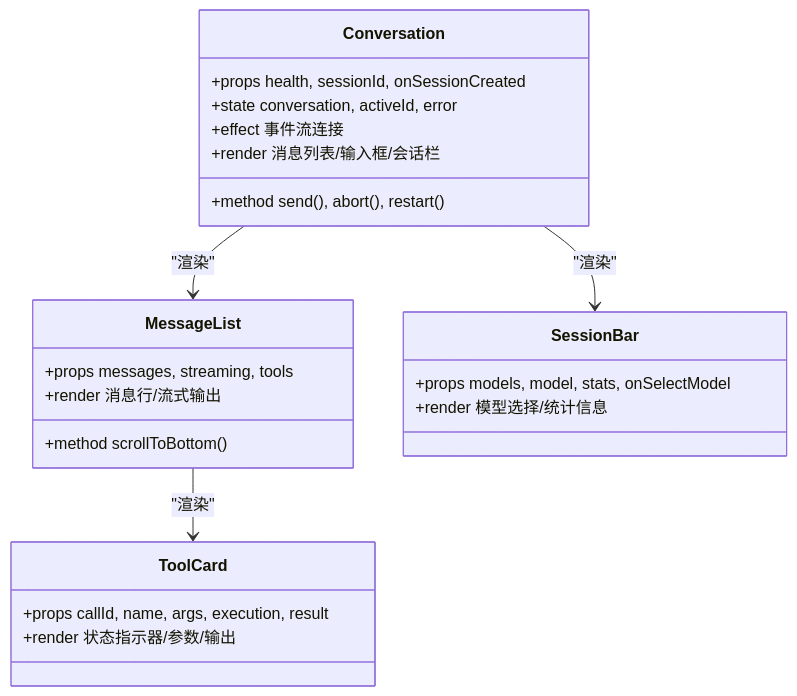
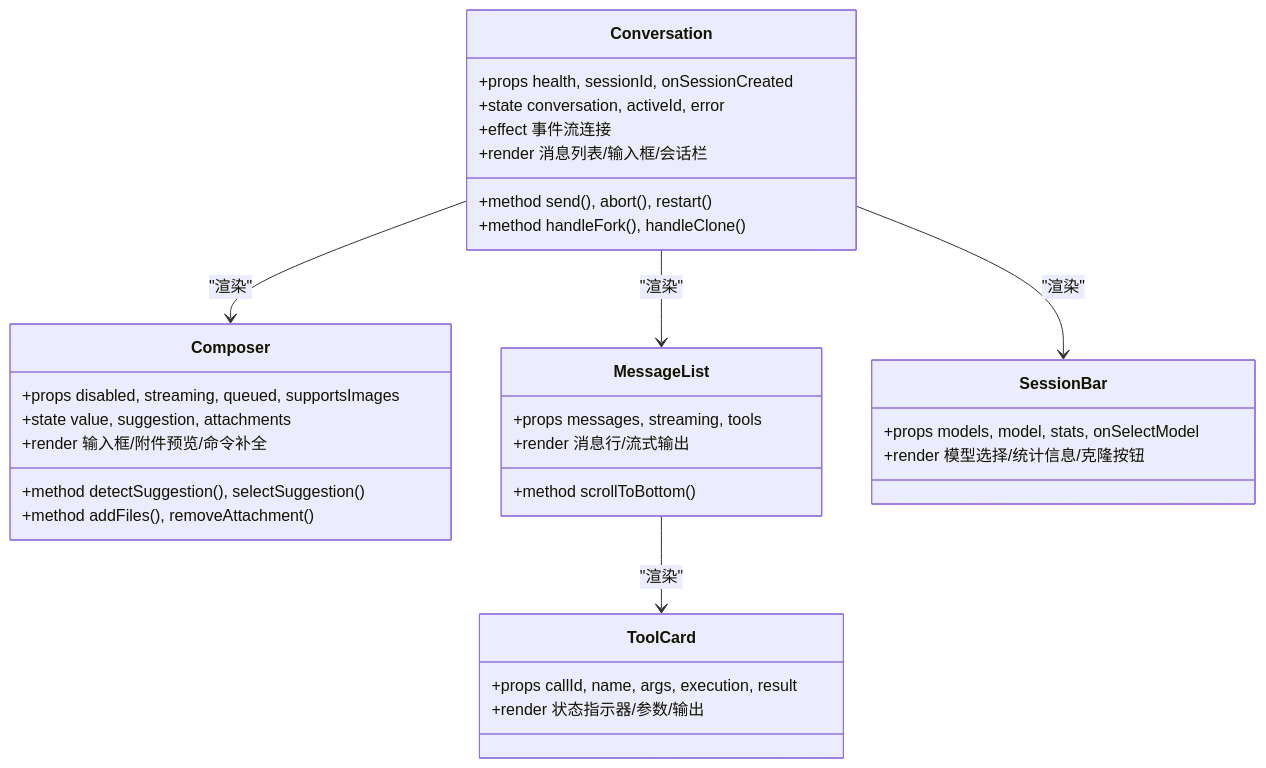
The ninth of 14 diagrams in .qoder/repowiki/zh/content/快速开始/Pi Web UI 前端界面.md (FDE-GROUP/oh-my-coding-agent), drawn with Mermaid before and after one commit. The commit also changed other lines of this file and 433 other files, not shown here.

````diff
--- a/.qoder/repowiki/zh/content/快速开始/Pi Web UI 前端界面.md
+++ b/.qoder/repowiki/zh/content/快速开始/Pi Web UI 前端界面.md
@@ -345,26 +584,35 @@
 ```mermaid
 classDiagram
 class Conversation {
 +props health, sessionId, onSessionCreated
 +state conversation, activeId, error
 +effect 事件流连接
 +method send(), abort(), restart()
++method handleFork(), handleClone()
 +render 消息列表/输入框/会话栏
+}
+class Composer {
++props disabled, streaming, queued, supportsImages
++state value, suggestion, attachments
++method detectSuggestion(), selectSuggestion()
++method addFiles(), removeAttachment()
++render 输入框/附件预览/命令补全
 }
 class MessageList {
 +props messages, streaming, tools
 +render 消息行/流式输出
 +method scrollToBottom()
 }
 class SessionBar {
 +props models, model, stats, onSelectModel
-+render 模型选择/统计信息
++render 模型选择/统计信息/克隆按钮
 }
 class ToolCard {
 +props callId, name, args, execution, result
 +render 状态指示器/参数/输出
 }
 Conversation --> MessageList : "渲染"
 Conversation --> SessionBar : "渲染"
+Conversation --> Composer : "渲染"
 MessageList --> ToolCard : "渲染"
 ```
````
